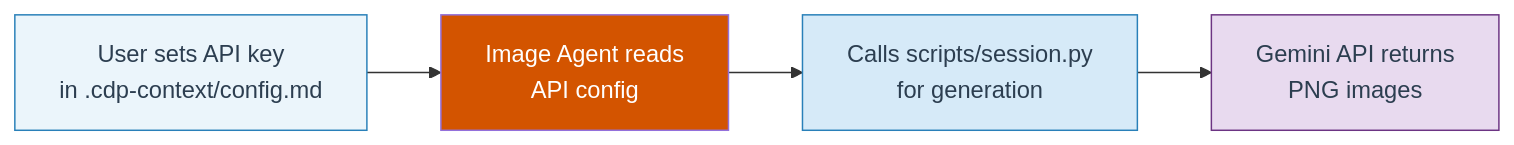
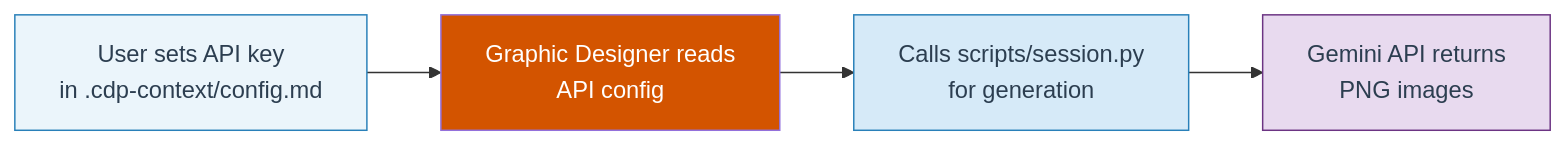
Before and after one commit to apatheticus/corporate-decision-panel: diagram 11 of 13 in docs/README.md, drawn with Mermaid. The commit also changed other lines of this file and 18 other files, not shown here.

````diff
--- a/docs/README.md
+++ b/docs/README.md
@@ -1411,14 +1411,14 @@
 ```mermaid
 flowchart LR
     User["User sets API key\nin .cdp-context/config.md"]
-    IA["Image Agent reads\nAPI config"]
+    IA["Graphic Designer reads\nAPI config"]
     Script["Calls scripts/session.py\nfor generation"]
     API["Gemini API returns\nPNG images"]
 
     User --> IA --> Script --> API
 
     style User fill:#EBF5FB,stroke:#2980B9,color:#2C3E50
     style IA fill:#D35400,color:#fff
     style Script fill:#D6EAF8,stroke:#2980B9,color:#2C3E50
     style API fill:#E8DAEF,stroke:#6C3483,color:#2C3E50
 ```
````
